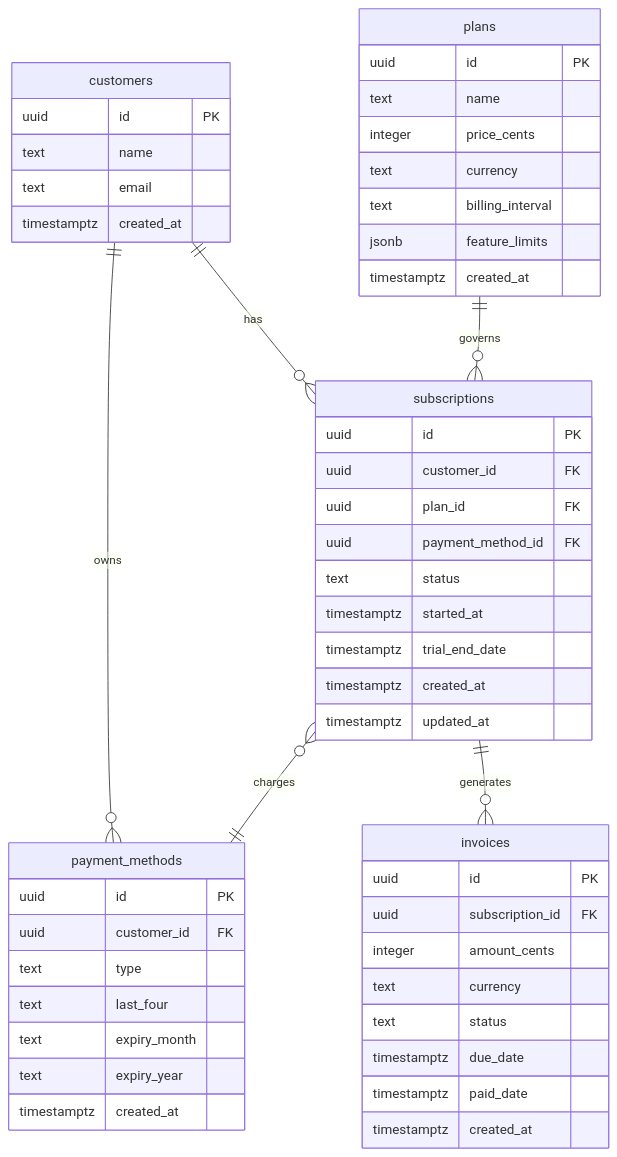
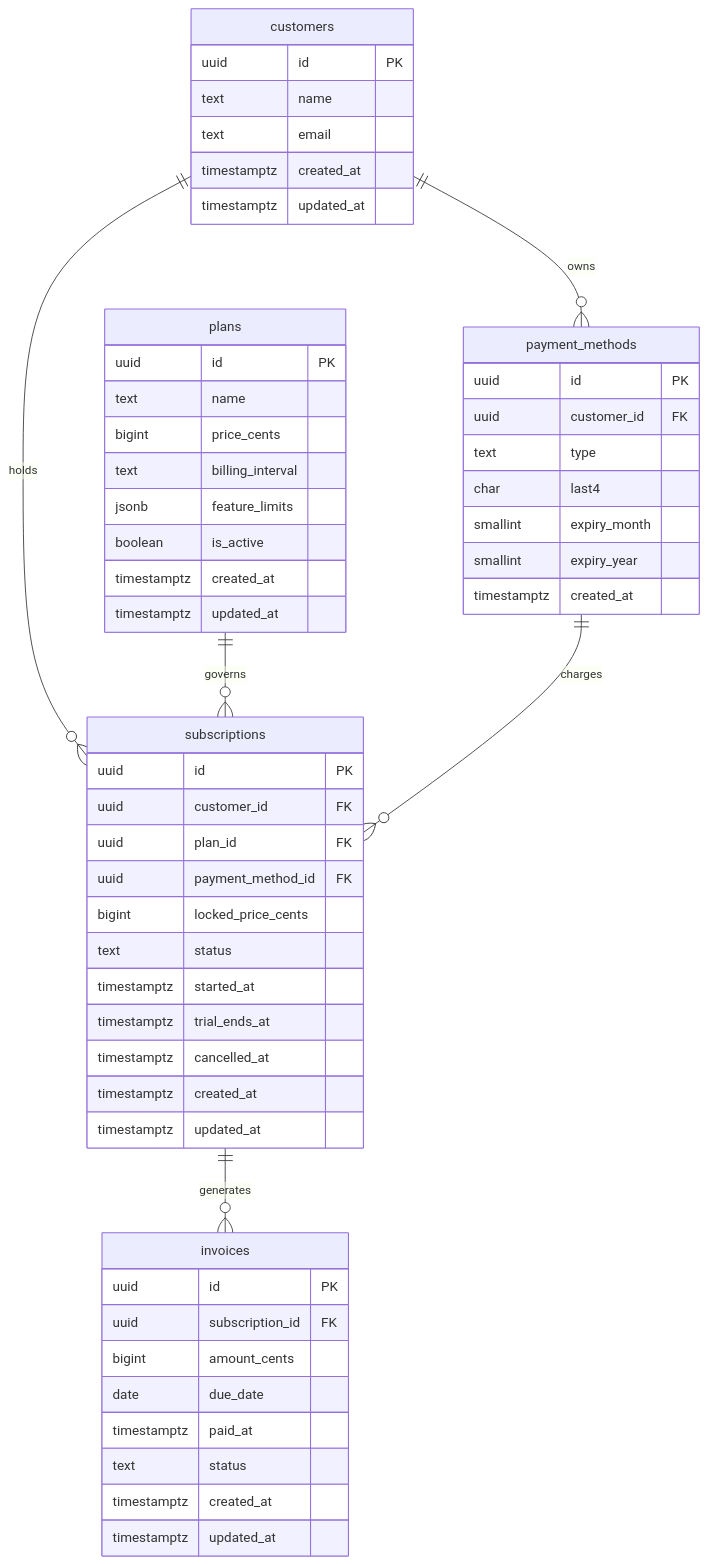
The diagram in examples/engineering/data-engineer/skills/data-model/result.md (hpsgd/claude-marketplace), drawn with Mermaid before and after one commit. The commit also changed other lines of this file and 205 other files, not shown here.

````diff
--- a/examples/engineering/data-engineer/skills/data-model/result.md
+++ b/examples/engineering/data-engineer/skills/data-model/result.md
@@ -19,54 +19,58 @@
 ```mermaid
 erDiagram
     customers {
         uuid id PK
         text name
         text email
         timestamptz created_at
+        timestamptz updated_at
     }
     plans {
         uuid id PK
         text name
-        integer price_cents
-        text currency
+        bigint price_cents
         text billing_interval
         jsonb feature_limits
+        boolean is_active
         timestamptz created_at
+        timestamptz updated_at
     }
     payment_methods {
         uuid id PK
         uuid customer_id FK
         text type
-        text last_four
-        text expiry_month
-        text expiry_year
+        char last4
+        smallint expiry_month
+        smallint expiry_year
         timestamptz created_at
     }
     subscriptions {
         uuid id PK
         uuid customer_id FK
         uuid plan_id FK
         uuid payment_method_id FK
+        bigint locked_price_cents
         text status
         timestamptz started_at
-        timestamptz trial_end_date
+        timestamptz trial_ends_at
+        timestamptz cancelled_at
         timestamptz created_at
         timestamptz updated_at
     }
     invoices {
         uuid id PK
         uuid subscription_id FK
-        integer amount_cents
-        text currency
+        bigint amount_cents
+        date due_date
+        timestamptz paid_at
         text status
-        timestamptz due_date
-        timestamptz paid_date
         timestamptz created_at
+        timestamptz updated_at
     }
 
-    customers ||--o{ subscriptions : "has"
     customers ||--o{ payment_methods : "owns"
+    customers ||--o{ subscriptions : "holds"
     plans ||--o{ subscriptions : "governs"
-    subscriptions }o--|| payment_methods : "charges"
+    payment_methods ||--o{ subscriptions : "charges"
     subscriptions ||--o{ invoices : "generates"
 ```
````
